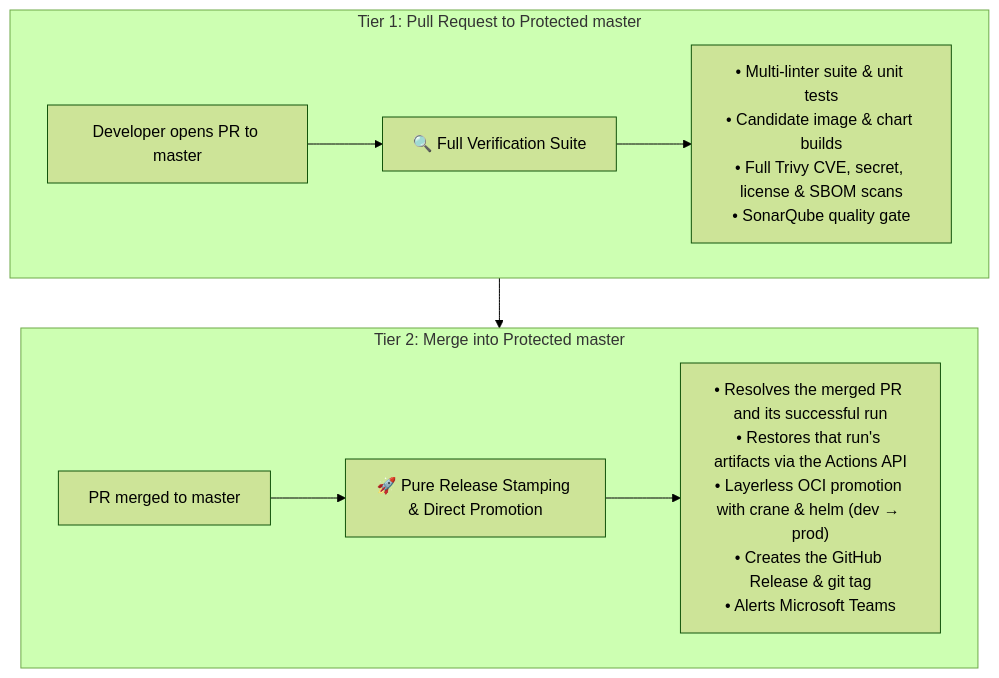
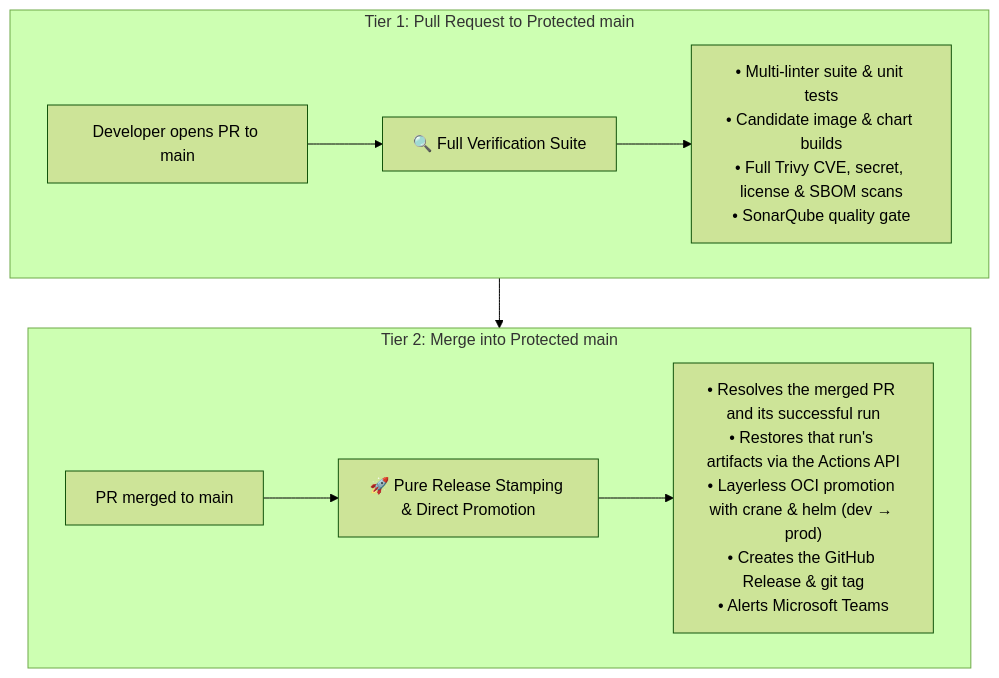
One commit to grootan-devops/github-ci-library changed the second of 18 diagrams in README.md. Above: the diagram before and after it, drawn with Mermaid (forest theme). The commit also changed other lines of this file and 2 other files, not shown here.

````diff
--- a/README.md
+++ b/README.md
@@ -397,14 +486,14 @@
 ```mermaid
 flowchart TD
-    subgraph Tier1 ["Tier 1: Pull Request to Protected master"]
-        A["Developer opens PR to master"] --> B["🔍 Full Verification Suite"]
+    subgraph Tier1 ["Tier 1: Pull Request to Protected main"]
+        A["Developer opens PR to main"] --> B["🔍 Full Verification Suite"]
         B --> C["• Multi-linter suite & unit tests<br/>• Candidate image & chart builds<br/>• Full Trivy CVE, secret, license & SBOM scans<br/>• SonarQube quality gate"]
     end
 
-    subgraph Tier2 ["Tier 2: Merge into Protected master"]
-        D["PR merged to master"] --> E["🚀 Pure Release Stamping & Direct Promotion"]
+    subgraph Tier2 ["Tier 2: Merge into Protected main"]
+        D["PR merged to main"] --> E["🚀 Pure Release Stamping & Direct Promotion"]
         E --> F["• Resolves the merged PR and its successful run<br/>• Restores that run's artifacts via the Actions API<br/>• Layerless OCI promotion with crane & helm (dev → prod)<br/>• Creates the GitHub Release & git tag<br/>• Alerts Microsoft Teams"]
     end
 
     Tier1 --> Tier2
 ```
````
